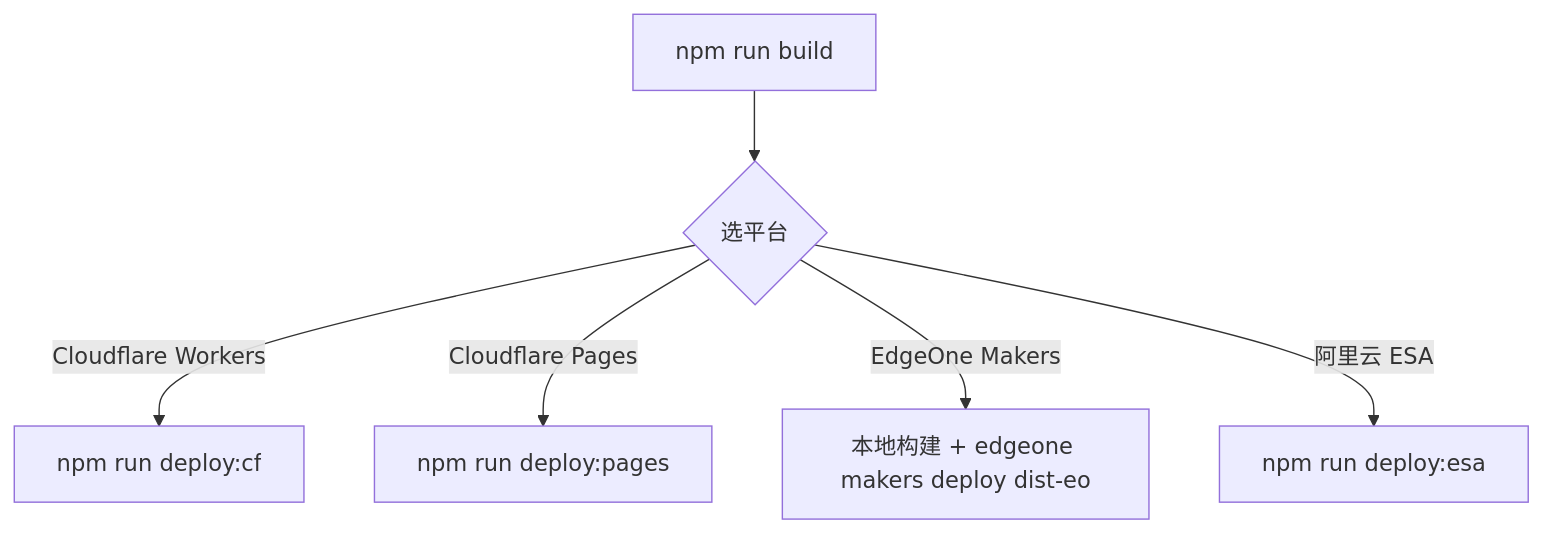
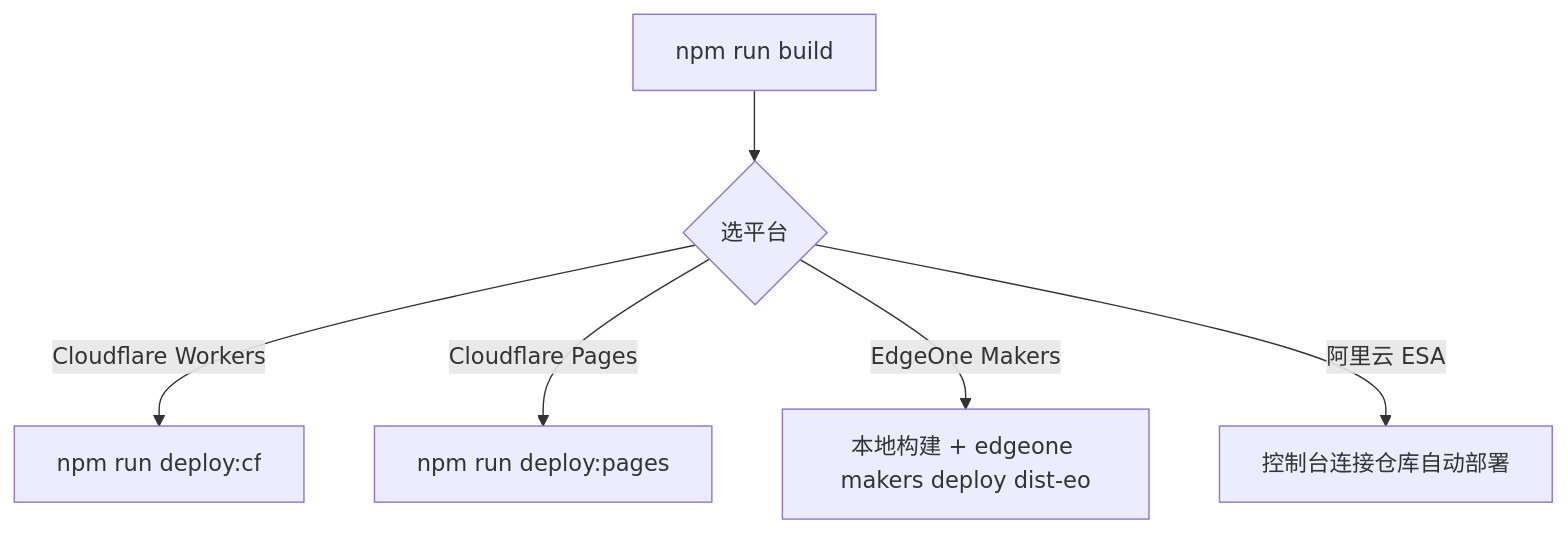
One commit to JacksonJiangxh/cdn-edge-gateway changed the first of 2 diagrams in docs-site/docs/user/03-deploy.md. Above: the diagram before and after it, drawn with Mermaid. The commit also changed other lines of this file and 34 other files, not shown here.

````diff
--- a/docs-site/docs/user/03-deploy.md
+++ b/docs-site/docs/user/03-deploy.md
@@ -19,8 +19,8 @@
 ```mermaid
 flowchart TD
     A[npm run build] --> B{选平台}
     B -->|Cloudflare Workers| C1[npm run deploy:cf]
     B -->|Cloudflare Pages| C2[npm run deploy:pages]
     B -->|EdgeOne Makers| C3[本地构建 + edgeone makers deploy dist-eo]
-    B -->|阿里云 ESA| C4[npm run deploy:esa]
+    B -->|阿里云 ESA| C4[控制台连接仓库自动部署]
 ```
````
